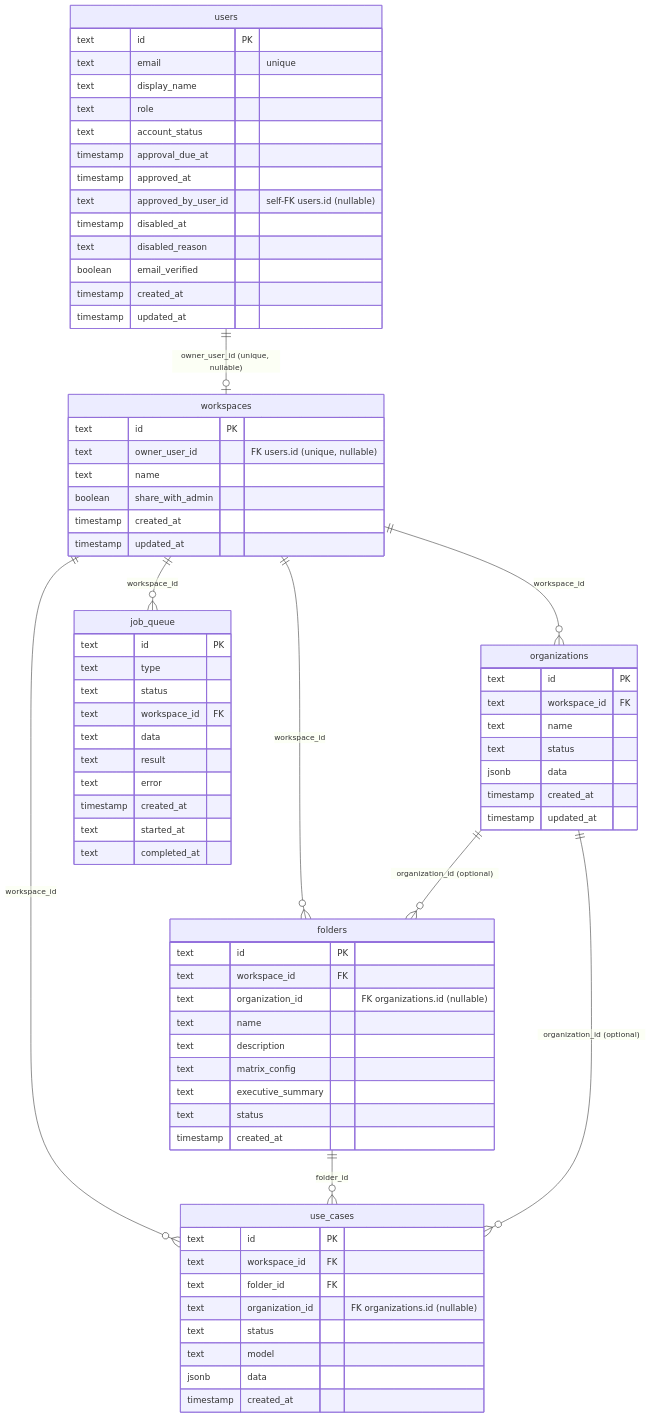
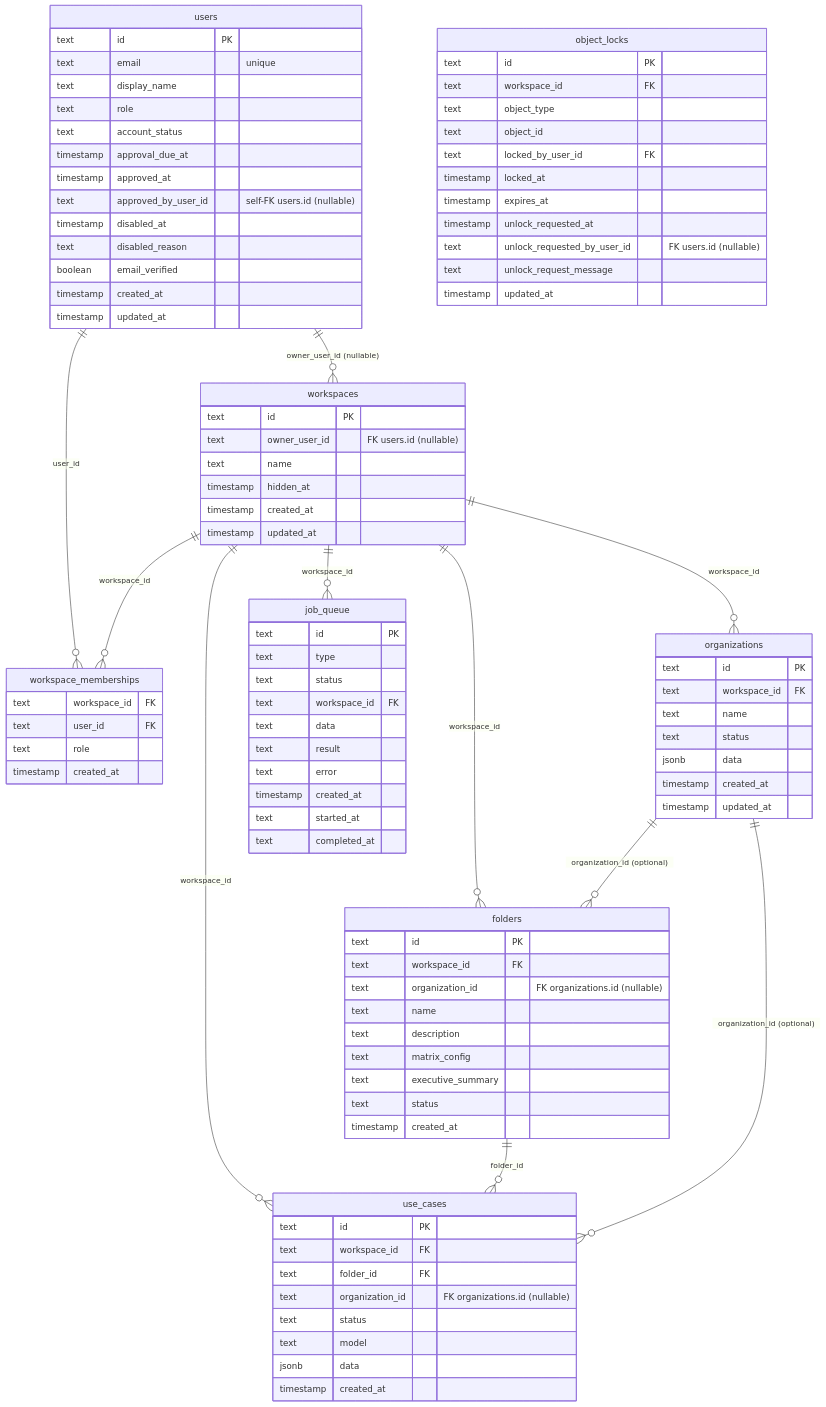
Before and after one commit to rhanka/sentropic: the first of 3 diagrams in spec/DATA_MODEL.md, drawn with Mermaid. The commit also changed other lines of this file and 1 other file, not shown here.

Commit message:
docs: update data model

````diff
--- a/spec/DATA_MODEL.md
+++ b/spec/DATA_MODEL.md
@@ -8,6 +8,8 @@
 ```mermaid
 erDiagram
-    users ||--o| workspaces : "owner_user_id (unique, nullable)"
+    users ||--o{ workspaces : "owner_user_id (nullable)"
+    users ||--o{ workspace_memberships : "user_id"
+    workspaces ||--o{ workspace_memberships : "workspace_id"
 
     workspaces ||--o{ organizations : "workspace_id"
     workspaces ||--o{ folders : "workspace_id"
@@ -20,11 +22,18 @@
 
     workspaces {
         text id PK
-        text owner_user_id "FK users.id (unique, nullable)"
+        text owner_user_id "FK users.id (nullable)"
         text name
-        boolean share_with_admin
+        timestamp hidden_at
         timestamp created_at
         timestamp updated_at
+    }
+
+    workspace_memberships {
+        text workspace_id FK
+        text user_id FK
+        text role
+        timestamp created_at
     }
 
     users {
@@ -88,4 +97,18 @@
         text started_at
         text completed_at
     }
+
+    object_locks {
+        text id PK
+        text workspace_id FK
+        text object_type
+        text object_id
+        text locked_by_user_id FK
+        timestamp locked_at
+        timestamp expires_at
+        timestamp unlock_requested_at
+        text unlock_requested_by_user_id "FK users.id (nullable)"
+        text unlock_request_message
+        timestamp updated_at
+    }
 ```
````
